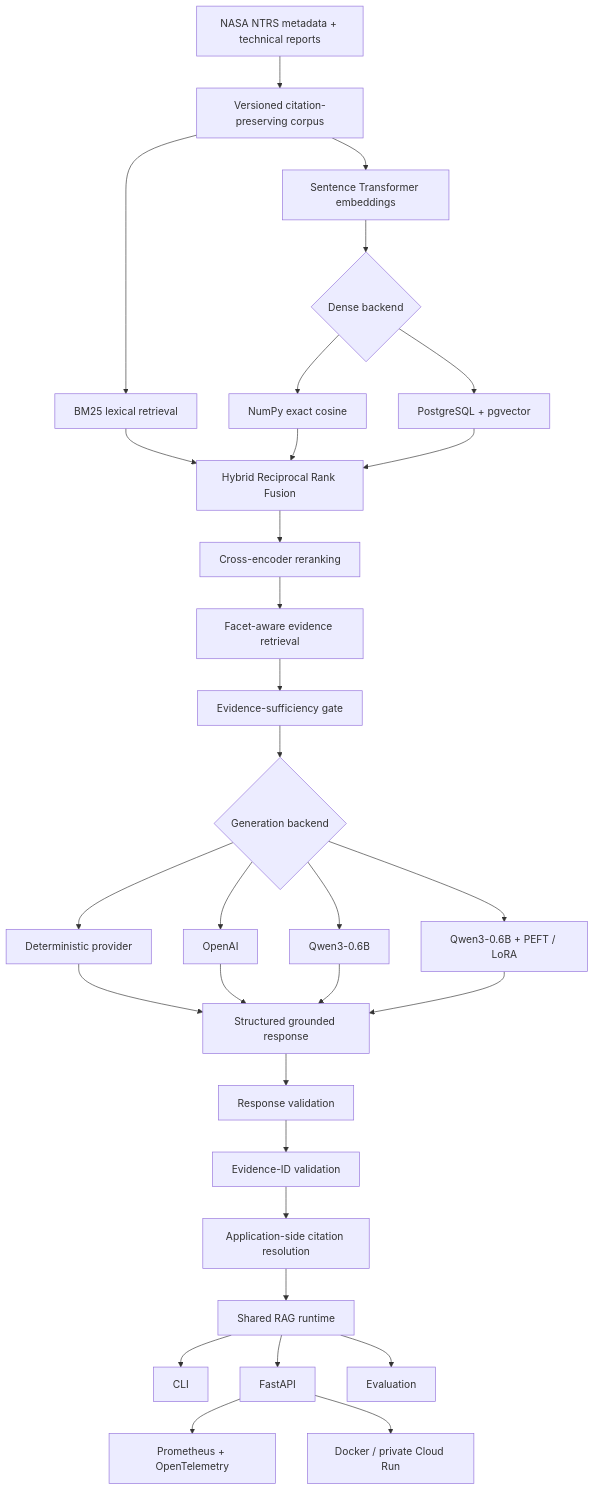
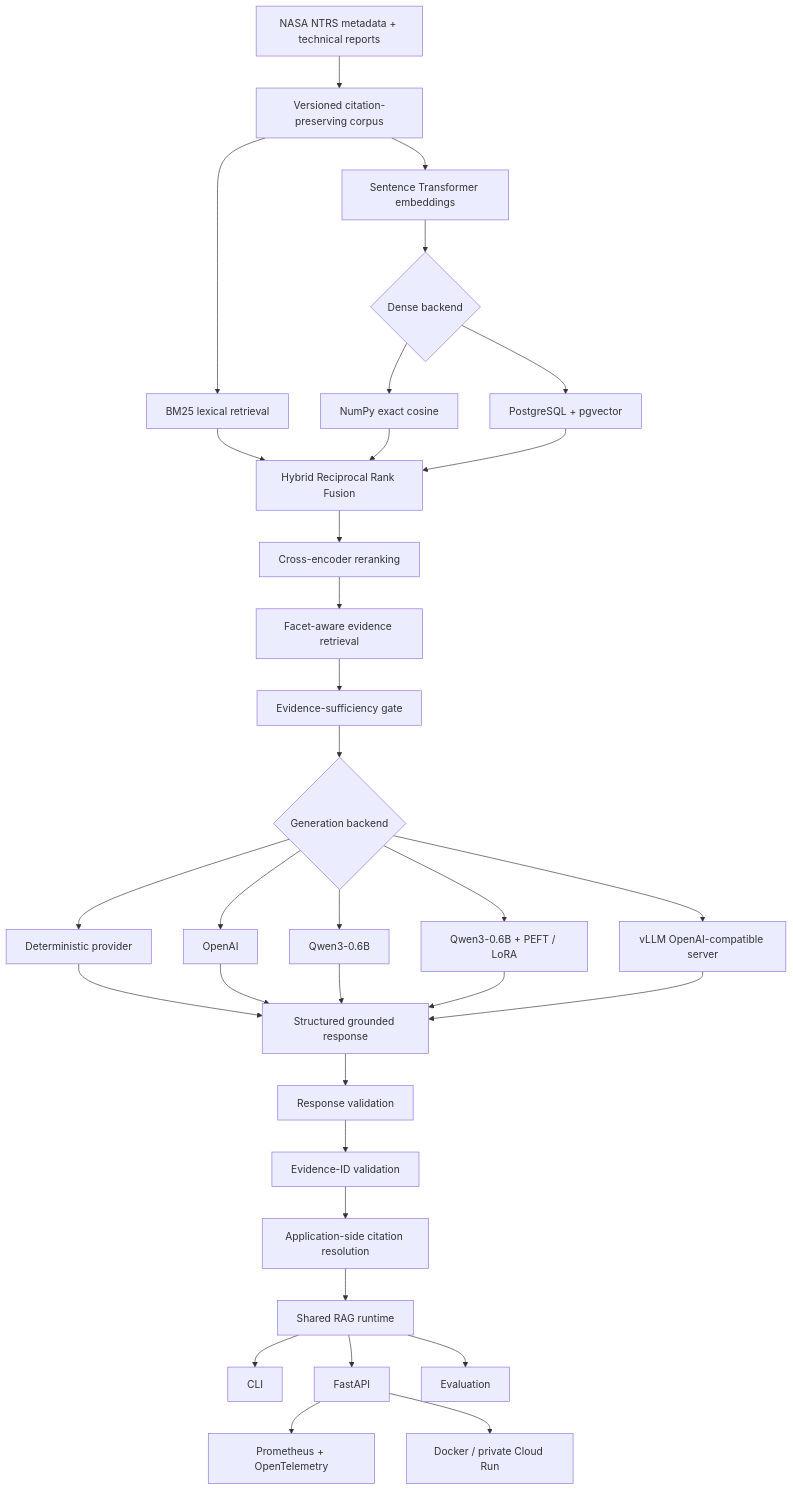
One commit to triasha72/AeroRAG-X changed the diagram in README.md. Above: the diagram before and after it, drawn with Mermaid. The commit also changed other lines of this file and 26 other files, not shown here.

````diff
--- a/README.md
+++ b/README.md
@@ -43,44 +66,46 @@
 ```mermaid
 flowchart TD
     A["NASA NTRS metadata + technical reports"] --> B["Versioned citation-preserving corpus"]
 
     B --> C["BM25 lexical retrieval"]
     B --> D["Sentence Transformer embeddings"]
 
     D --> E{"Dense backend"}
     E --> F["NumPy exact cosine"]
     E --> G["PostgreSQL + pgvector"]
 
     C --> H["Hybrid Reciprocal Rank Fusion"]
     F --> H
     G --> H
 
     H --> I["Cross-encoder reranking"]
     I --> J["Facet-aware evidence retrieval"]
     J --> K["Evidence-sufficiency gate"]
 
     K --> L{"Generation backend"}
 
     L --> M["Deterministic provider"]
     L --> N["OpenAI"]
     L --> O["Qwen3-0.6B"]
     L --> P["Qwen3-0.6B + PEFT / LoRA"]
+    L --> PL["vLLM OpenAI-compatible server"]
 
     M --> Q["Structured grounded response"]
     N --> Q
     O --> Q
     P --> Q
+    PL --> Q
 
     Q --> R["Response validation"]
     R --> S["Evidence-ID validation"]
     S --> T["Application-side citation resolution"]
 
     T --> U["Shared RAG runtime"]
 
     U --> V["CLI"]
     U --> W["FastAPI"]
     U --> X["Evaluation"]
 
     W --> Y["Prometheus + OpenTelemetry"]
     W --> Z["Docker / private Cloud Run"]
 ```
````
